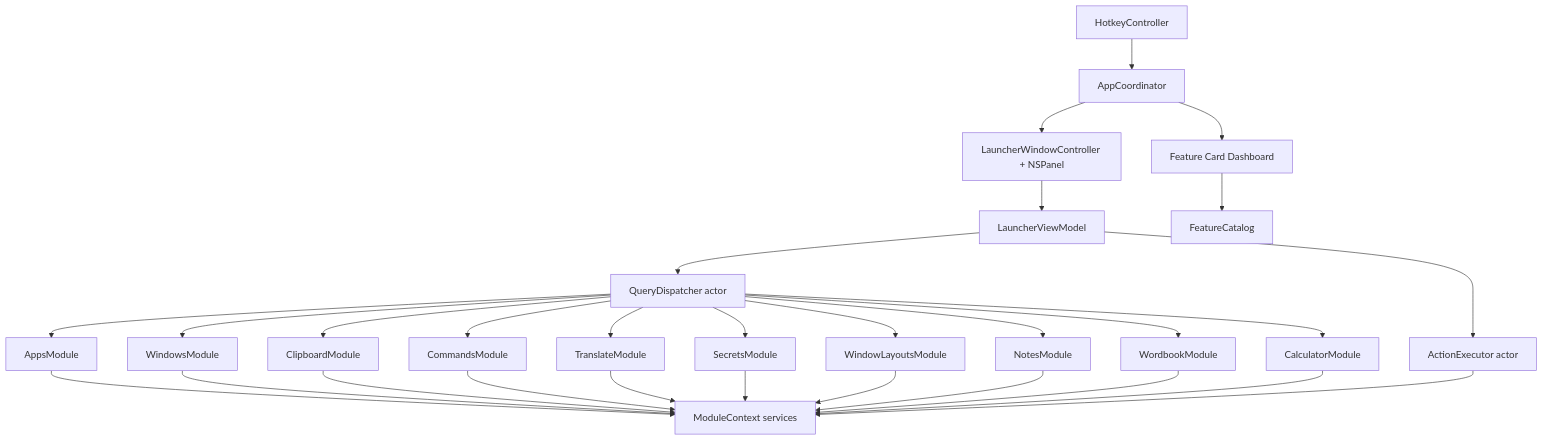
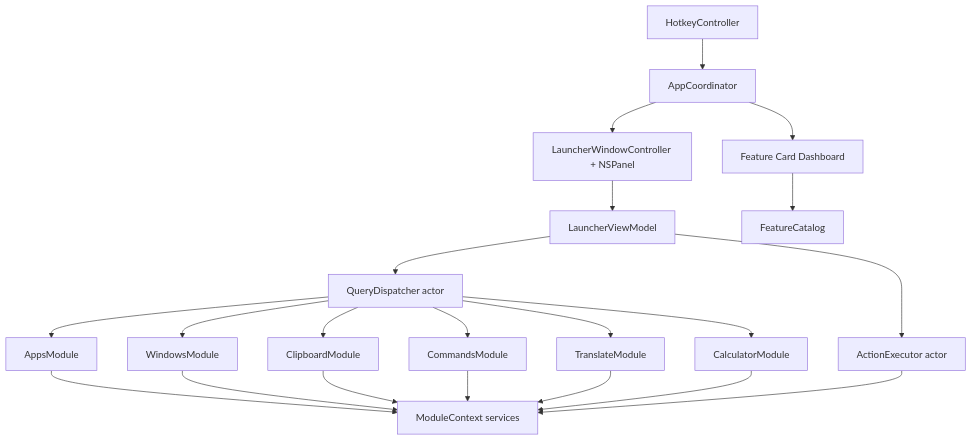
Before and after one commit to dyxnb22/Luma: the diagram in docs/ARCHITECTURE.md, drawn with Mermaid. The commit also changed other lines of this file and 27 other files, not shown here.

````diff
--- a/docs/ARCHITECTURE.md
+++ b/docs/ARCHITECTURE.md
@@ -7,31 +7,23 @@
 ```mermaid
 flowchart TD
     Hotkey["HotkeyController"] --> Coordinator["AppCoordinator"]
     Coordinator --> Panel["LauncherWindowController + NSPanel"]
     Coordinator --> Cards["Feature Card Dashboard"]
     Panel --> VM["LauncherViewModel"]
     Cards --> CardCatalog["FeatureCatalog"]
     VM --> Dispatcher["QueryDispatcher actor"]
     Dispatcher --> Apps["AppsModule"]
     Dispatcher --> Windows["WindowsModule"]
     Dispatcher --> Clipboard["ClipboardModule"]
     Dispatcher --> Commands["CommandsModule"]
     Dispatcher --> Translate["TranslateModule"]
-    Dispatcher --> Secrets["SecretsModule"]
-    Dispatcher --> Layouts["WindowLayoutsModule"]
-    Dispatcher --> Notes["NotesModule"]
-    Dispatcher --> Wordbook["WordbookModule"]
     Dispatcher --> Calculator["CalculatorModule"]
     Apps --> Services["ModuleContext services"]
     Windows --> Services
     Clipboard --> Services
     Commands --> Services
     Translate --> Services
-    Secrets --> Services
-    Layouts --> Services
-    Notes --> Services
-    Wordbook --> Services
     Calculator --> Services
     VM --> Executor["ActionExecutor actor"]
     Executor --> Services
 ```
````
